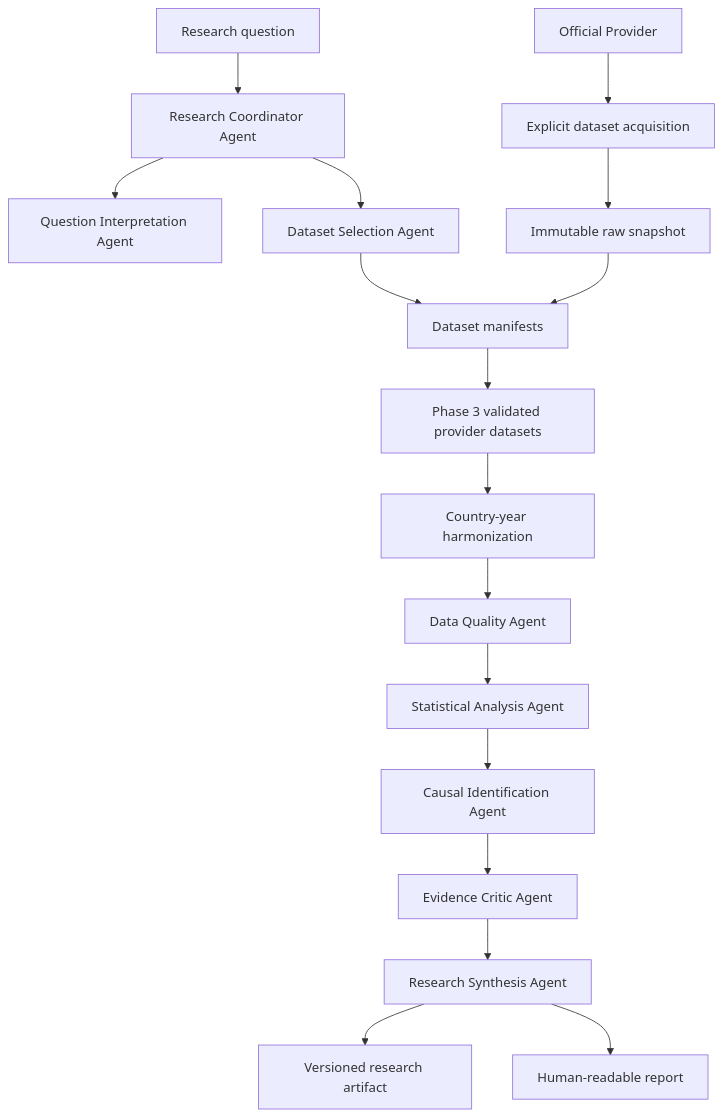
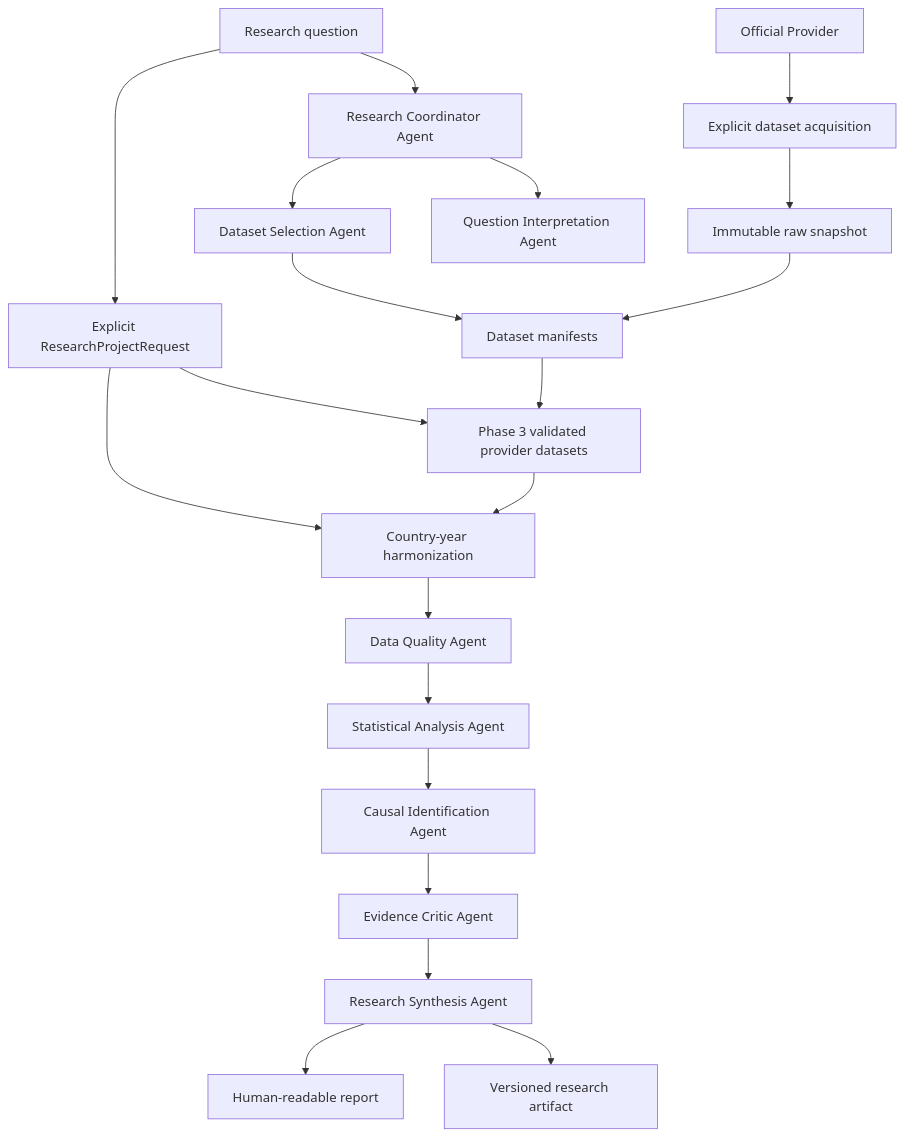
One commit to HasaanNoor/polaris changed the diagram in docs/architecture/system-overview.md. Above: the diagram before and after it, drawn with Mermaid. The commit also changed other lines of this file and 25 other files, not shown here.

Commit message:
implemented phase 13: added deterministic research project orchestration

````diff
--- a/docs/architecture/system-overview.md
+++ b/docs/architecture/system-overview.md
@@ -18,19 +18,22 @@
 ```mermaid
 flowchart TD
   Q[Research question] --> C[Research Coordinator Agent]
   C --> I[Question Interpretation Agent]
   C --> D[Dataset Selection Agent]
   D --> M[Dataset manifests]
   P[Official Provider] --> DL[Explicit dataset acquisition]
   DL --> R[Immutable raw snapshot]
   R --> M
   M --> ING[Phase 3 validated provider datasets]
   ING --> H[Country-year harmonization]
+  Q --> P13[Explicit ResearchProjectRequest]
+  P13 --> ING
+  P13 --> H
   H --> QL[Data Quality Agent]
   QL --> A[Statistical Analysis Agent]
   A --> CI[Causal Identification Agent]
   CI --> EC[Evidence Critic Agent]
   EC --> S[Research Synthesis Agent]
   S --> ART[Versioned research artifact]
   S --> REP[Human-readable report]
 ```
````
